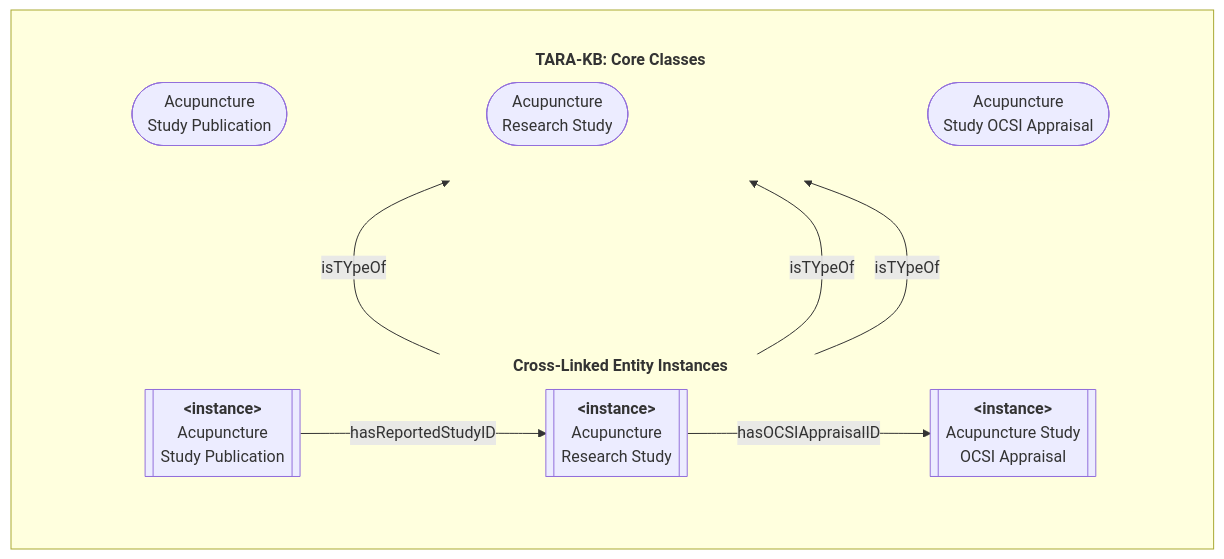
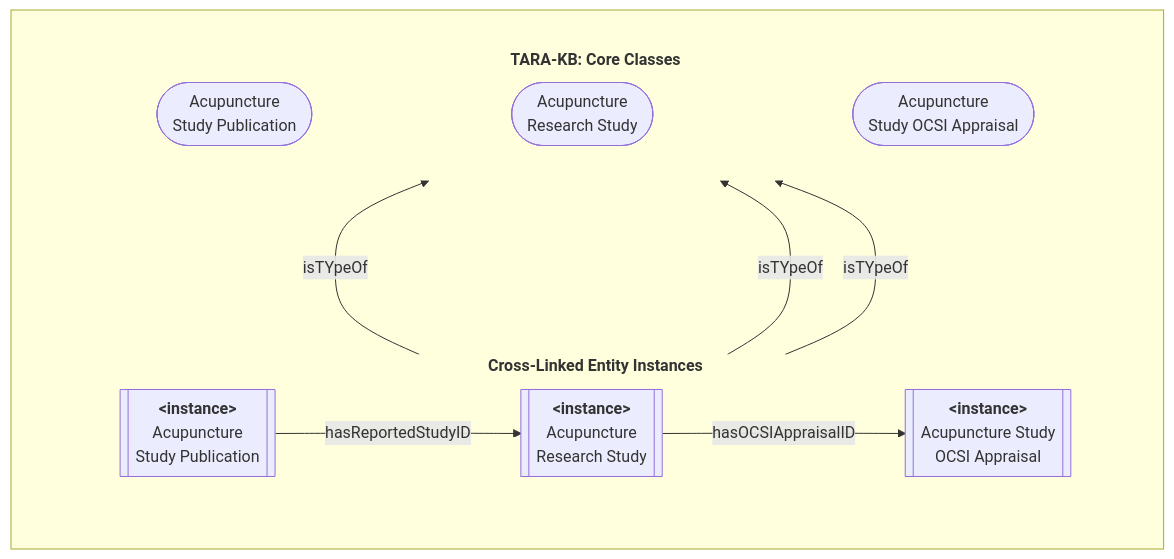
Before and after one commit to smtifahim/TARA-Ontology-Repository: the second of 6 diagrams in ontology-files/base/articles-kb/articles-kb-core/README.md, drawn with Mermaid.

````diff
--- a/ontology-files/base/articles-kb/articles-kb-core/README.md
+++ b/ontology-files/base/articles-kb/articles-kb-core/README.md
@@ -44,34 +44,43 @@
 ```mermaid
 flowchart TB
- style INSTANCES stroke:transparent
- style CLASSES stroke:#0000,stroke-width:0px
- 
- subgraph Class_Instance[" "]
- PUB_ENT[["<b>&lt;instance&gt;</b><br>Acupuncture<br>Study Publication"]]:::field
- STUDY_ENT[["<b>&lt;instance&gt;</b><br>Acupuncture<br>Research Study"]]:::field
- OCSI_ENT[["<b>&lt;instance&gt;</b><br>Acupuncture Study<br>OCSI Appraisal"]]:::field
+    %% 1. Apply styles for the subgraphs
+    style INSTANCES stroke:transparent
+    style CLASSES stroke:#0000,stroke-width:0px
 
- PubClass(["Acupuncture<br>Study Publication"]):::field
- StudyClass(["Acupuncture<br>Research Study"]):::field
- OCSIClass(["Acupuncture<br>Study OCSI Appraisal"]):::field
+    %% 2. Missing class definition for the 'field' style used in your code
+    %% classDef field fill:#f9f9f9,stroke:#333,stroke-width:1px;
 
- PUB_ENT -- isTYpeOf --> PubClass
- STUDY_ENT -- isTYpeOf --> StudyClass
- OCSI_ENT -- isTYpeOf --> OCSIClass  
+    subgraph Class_Instance[" "]
+        direction TB
 
- direction TB
- subgraph INSTANCES["<b>Cross-Linked Entity Instances</b>"]
-    direction LR    
-    PUB_ENT -- hasReportedStudyID --> STUDY_ENT
-    STUDY_ENT -- hasOCSIAppraisalID --> OCSI_ENT
-  end
- subgraph CLASSES["<b>TARA-KB: Core Classes</b>"]
-    direction LR
-    PubClass ~~~~ StudyClass
-    StudyClass ~~~~~ OCSIClass
-  end
-    CLASSES ~~~~ INSTANCES
+        %% 3. Define the INSTANCES subgraph and its internal nodes/edges first
+        subgraph INSTANCES["<b>Cross-Linked Entity Instances</b>"]
+            direction LR
+            PUB_ENT[["<b>&lt;instance&gt;</b><br>Acupuncture<br>Study Publication"]]
+            STUDY_ENT[["<b>&lt;instance&gt;</b><br>Acupuncture<br>Research Study"]]
+            OCSI_ENT[["<b>&lt;instance&gt;</b><br>Acupuncture Study<br>OCSI Appraisal"]]
+            
+            PUB_ENT -- hasReportedStudyID --> STUDY_ENT
+            STUDY_ENT -- hasOCSIAppraisalID --> OCSI_ENT
+        end
 
-end
+        %% 4. Define the CLASSES subgraph and its internal nodes/spacing next
+        subgraph CLASSES["<b>TARA-KB: Core Classes</b>"]
+            direction LR
+            PubClass(["Acupuncture<br>Study Publication"])
+            StudyClass(["Acupuncture<br>Research Study"])
+            OCSIClass(["Acupuncture<br>Study OCSI Appraisal"])
+            
+            PubClass ~~~~ StudyClass
+            StudyClass ~~~~ OCSIClass
+        end
 
+        %% 5. Structural spacing between the two main subgraph containers
+        CLASSES ~~~~ INSTANCES
+
+        %% 6. CRITICAL FIX: Cross-subgraph connections must go at the very bottom
+        PUB_ENT -- isTYpeOf --> PubClass
+        STUDY_ENT -- isTYpeOf --> StudyClass
+        OCSI_ENT -- isTYpeOf --> OCSIClass
+    end
 ```
````
